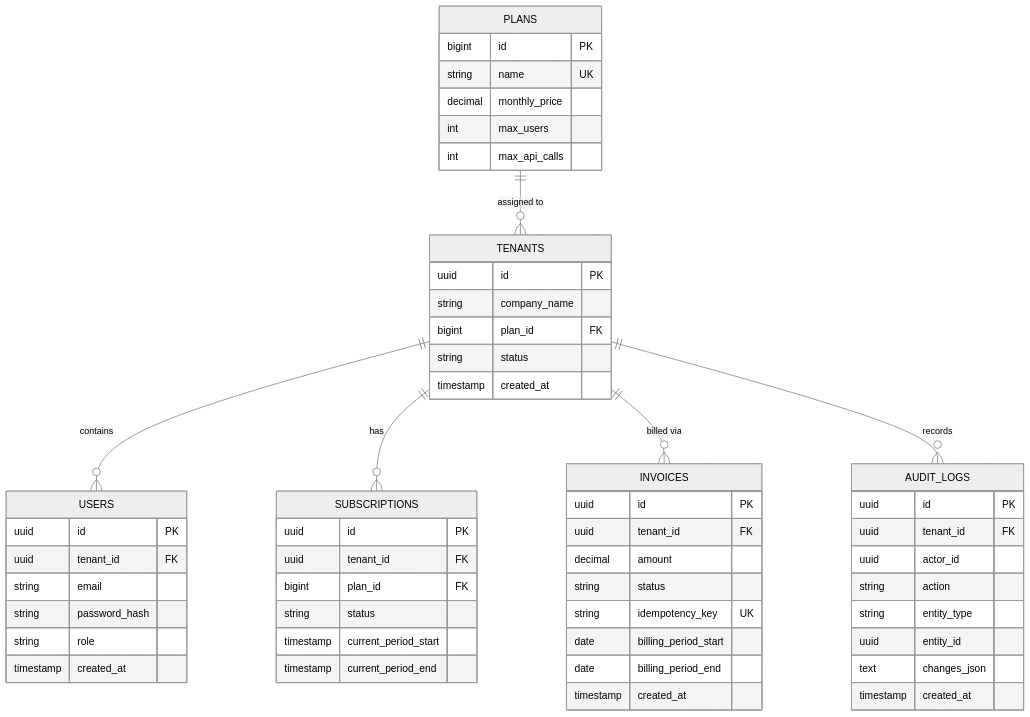
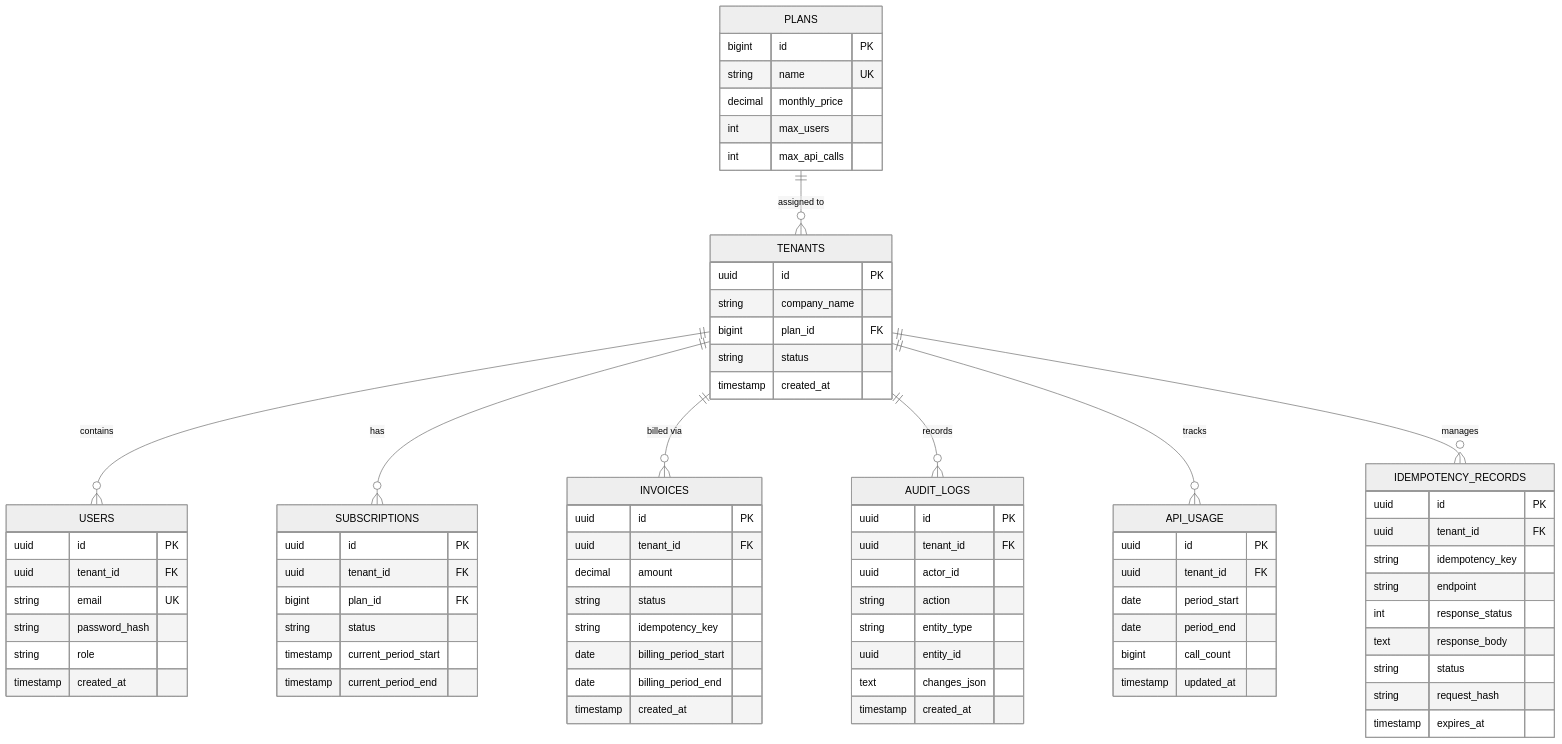
Before and after one commit to amy9273/b2b-saas-billing: the diagram in README.md, drawn with Mermaid (neutral theme). The commit also changed other lines of this file and 1 other file, not shown here.

Commit message:
docs: revise README for technical accuracy, realistic claims, and schema alignment

````diff
--- a/README.md
+++ b/README.md
@@ -154,6 +207,8 @@
     TENANTS ||--o{ SUBSCRIPTIONS : "has"
     TENANTS ||--o{ INVOICES : "billed via"
     TENANTS ||--o{ AUDIT_LOGS : "records"
+    TENANTS ||--o{ API_USAGE : "tracks"
+    TENANTS ||--o{ IDEMPOTENCY_RECORDS : "manages"
 
     PLANS {
         bigint id PK
@@ -174,7 +229,7 @@
     USERS {
         uuid id PK
         uuid tenant_id FK
-        string email
+        string email UK
         string password_hash
         string role
         timestamp created_at
@@ -194,7 +249,7 @@
         uuid tenant_id FK
         decimal amount
         string status
-        string idempotency_key UK
+        string idempotency_key
         date billing_period_start
         date billing_period_end
         timestamp created_at
@@ -210,4 +265,25 @@
         text changes_json
         timestamp created_at
     }
+
+    API_USAGE {
+        uuid id PK
+        uuid tenant_id FK
+        date period_start
+        date period_end
+        bigint call_count
+        timestamp updated_at
+    }
+
+    IDEMPOTENCY_RECORDS {
+        uuid id PK
+        uuid tenant_id FK
+        string idempotency_key
+        string endpoint
+        int response_status
+        text response_body
+        string status
+        string request_hash
+        timestamp expires_at
+    }
 ```
````
